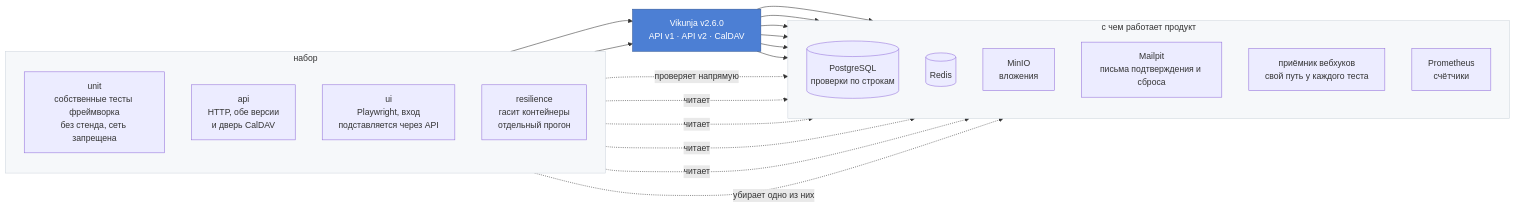
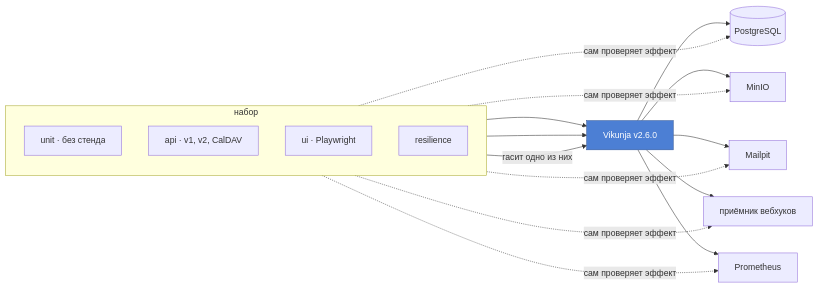
The diagram in README.ru.md (petprojectsaqa/qa-framework-vikunja), drawn with Mermaid before and after one commit. The commit also changed 1 other file, not shown here.

Commit message:
Make the diagram fit the box GitHub gives it
Rendered on the repository page it was clipped: a reader saw two nodes and
half a database. Fewer nodes, one line each, and the same story.

````diff
--- a/README.ru.md
+++ b/README.ru.md
@@ -76,41 +76,25 @@
 ```mermaid
 flowchart LR
-    subgraph suite["набор"]
+    subgraph S["набор"]
         direction TB
-        U["unit<br/>собственные тесты фреймворка<br/>без стенда, сеть запрещена"]
-        A["api<br/>HTTP, обе версии<br/>и дверь CalDAV"]
-        B["ui<br/>Playwright, вход<br/>подставляется через API"]
-        R["resilience<br/>гасит контейнеры<br/>отдельный прогон"]
+        U["unit · без стенда"]
+        A["api · v1, v2, CalDAV"]
+        B["ui · Playwright"]
+        R["resilience"]
     end
 
-    V["Vikunja v2.6.0<br/>API v1 · API v2 · CalDAV"]
-
-    subgraph around["с чем работает продукт"]
-        direction TB
-        PG[("PostgreSQL<br/>проверки по строкам")]
-        RD[("Redis")]
-        S3["MinIO<br/>вложения"]
-        MAIL["Mailpit<br/>письма подтверждения и сброса"]
-        HOOK["приёмник вебхуков<br/>свой путь у каждого теста"]
-        PROM["Prometheus<br/>счётчики"]
-    end
+    V["Vikunja v2.6.0"]
+    PG[("PostgreSQL")]
+    S3["MinIO"]
+    MAIL["Mailpit"]
+    HOOK["приёмник вебхуков"]
+    PROM["Prometheus"]
 
     A --> V
     B --> V
-    R -. "убирает одно из них" .-> around
-    V --> PG
-    V --> RD
-    V --> S3
-    V --> MAIL
-    V --> HOOK
-    V --> PROM
-    A -. "проверяет напрямую" .-> PG
-    A -. "читает" .-> MAIL
-    A -. "читает" .-> HOOK
-    A -. "читает" .-> S3
-    A -. "читает" .-> PROM
+    R -->|"гасит одно из них"| V
+    V --> PG & S3 & MAIL & HOOK & PROM
+    A -.->|"сам проверяет эффект"| PG & S3 & MAIL & HOOK & PROM
 
     style V fill:#4c7fd4,stroke:#2f5596,color:#fff
-    style suite fill:#f6f8fa,stroke:#d0d7de
-    style around fill:#f6f8fa,stroke:#d0d7de
 ```
````
